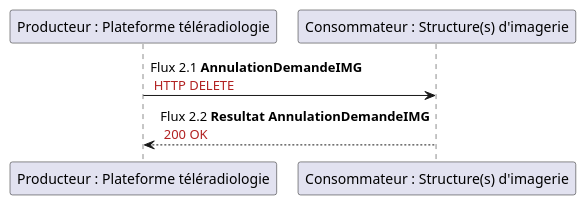
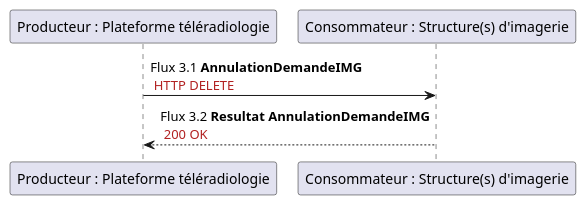
Before and after one commit to ansforge/interop-ig-hl7v2-teleradiologie: the diagram in input/images-source/flux3.plantuml, drawn with PlantUML. The commit also changed 1 other file, not shown here.

```diff
--- a/input/images-source/flux3.plantuml
+++ b/input/images-source/flux3.plantuml
@@ -1,5 +1,5 @@
 @startuml
 
-"Producteur : Plateforme téléradiologie" -> "Consommateur : Structure(s) d'imagerie" : Flux 2.1 **AnnulationDemandeIMG** \n <color #FireBrick>HTTP DELETE</color>
-"Producteur : Plateforme téléradiologie" <-- "Consommateur : Structure(s) d'imagerie" : Flux 2.2 **Resultat AnnulationDemandeIMG**\n <color #FireBrick>200 OK</color>
+"Producteur : Plateforme téléradiologie" -> "Consommateur : Structure(s) d'imagerie" : Flux 3.1 **AnnulationDemandeIMG** \n <color #FireBrick>HTTP DELETE</color>
+"Producteur : Plateforme téléradiologie" <-- "Consommateur : Structure(s) d'imagerie" : Flux 3.2 **Resultat AnnulationDemandeIMG**\n <color #FireBrick>200 OK</color>
 @enduml
```
